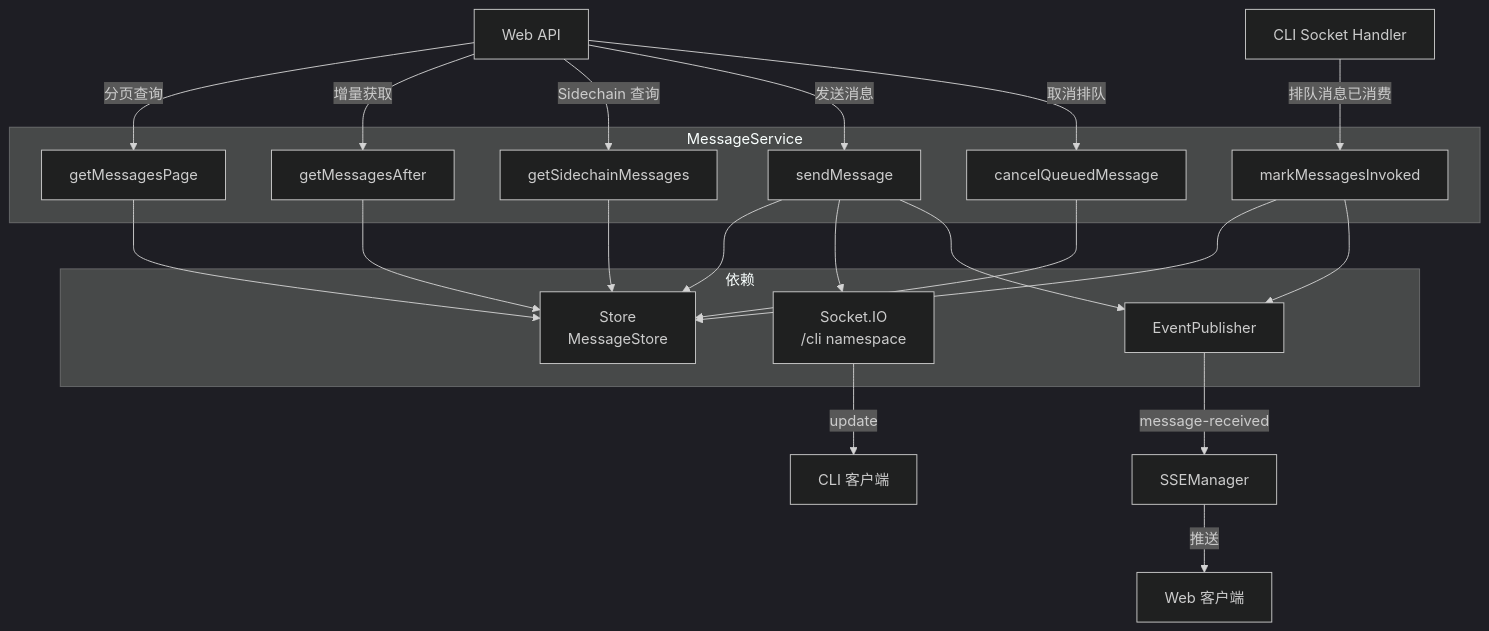
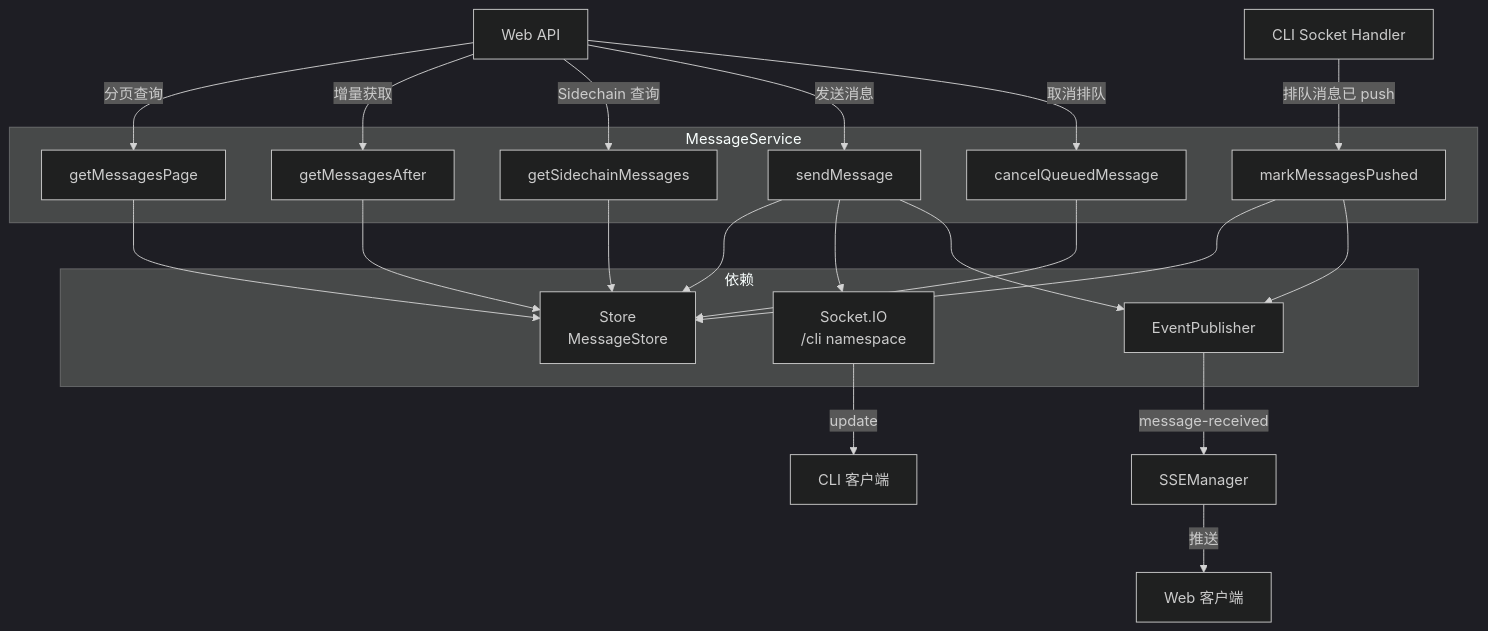
Before and after one commit to ModuBit/mobi: the first of 3 diagrams in docs/architecture/hub/sync/message-service.md, drawn with Mermaid (dark theme). The commit also changed other lines of this file and 10 other files, not shown here.

Commit message:
docs(architecture): lifecycle P1 字段重构同步——queueState/submittedAt → lifecycle/lifecycleAt

````diff
--- a/docs/architecture/hub/sync/message-service.md
+++ b/docs/architecture/hub/sync/message-service.md
@@ -9,38 +9,38 @@
 ```mermaid
 flowchart TB
     subgraph MessageService
         getMessagesPage[getMessagesPage]
         getMessagesAfter[getMessagesAfter]
         getSidechainMessages[getSidechainMessages]
         sendMessage[sendMessage]
-        markMessagesInvoked[markMessagesInvoked]
+        markMessagesPushed[markMessagesPushed]
         cancelQueuedMessage[cancelQueuedMessage]
     end
 
     subgraph 依赖
         Store[Store<br/>MessageStore]
         IO[Socket.IO<br/>/cli namespace]
         Publisher[EventPublisher]
     end
 
     WebAPI[Web API] -->|分页查询| getMessagesPage
     WebAPI -->|增量获取| getMessagesAfter
     WebAPI -->|Sidechain 查询| getSidechainMessages
     WebAPI -->|发送消息| sendMessage
     WebAPI -->|取消排队| cancelQueuedMessage
-    SocketHandler[CLI Socket Handler] -->|排队消息已消费| markMessagesInvoked
+    SocketHandler[CLI Socket Handler] -->|排队消息已 push| markMessagesPushed
 
     getMessagesPage --> Store
     getMessagesAfter --> Store
     getSidechainMessages --> Store
     sendMessage --> Store
     sendMessage --> IO
     sendMessage --> Publisher
-    markMessagesInvoked --> Store
-    markMessagesInvoked --> Publisher
+    markMessagesPushed --> Store
+    markMessagesPushed --> Publisher
     cancelQueuedMessage --> Store
 
     Publisher -->|message-received| SSE[SSEManager]
     SSE -->|推送| Web[Web 客户端]
     IO -->|update| CLI[CLI 客户端]
 ```
````
